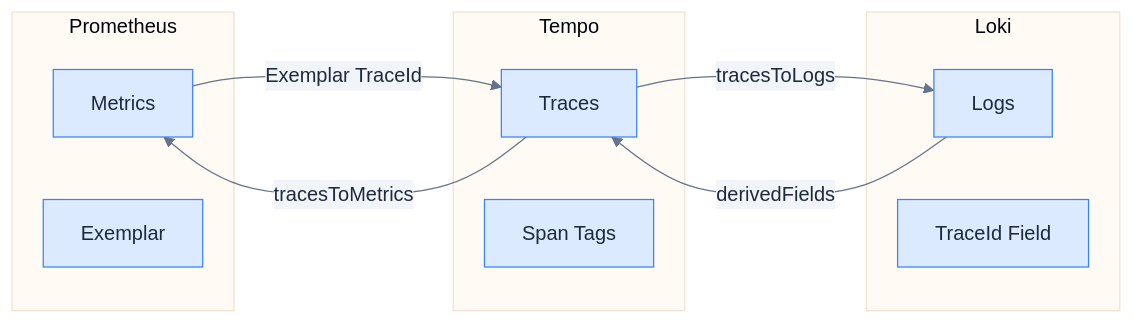
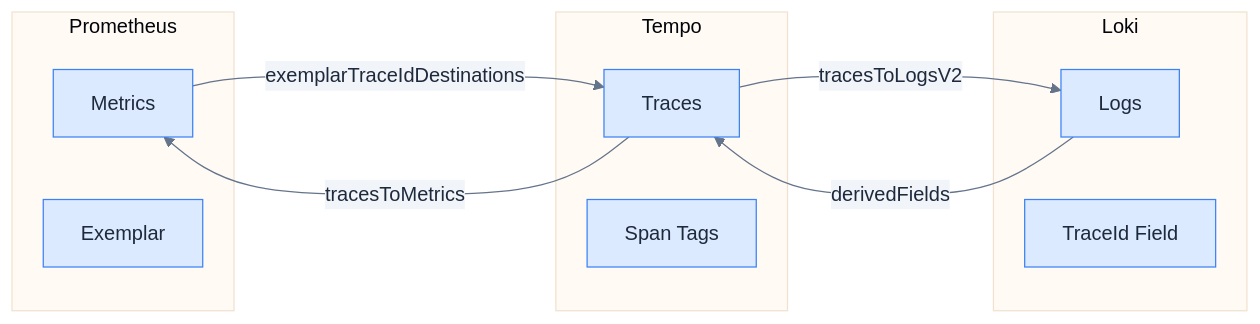
The first of 2 diagrams in patra-api/docs/designs/observability/06-grafana-visualization.md (linqibin0826/patra), drawn with Mermaid before and after one commit. The commit also changed other lines of this file and 8 other files, not shown here.

````diff
--- a/patra-api/docs/designs/observability/06-grafana-visualization.md
+++ b/patra-api/docs/designs/observability/06-grafana-visualization.md
@@ -111,34 +169,34 @@
 ```mermaid
 %%{init: {
   'theme': 'base',
   'themeVariables': {
     'primaryColor': '#dbeafe',
     'primaryTextColor': '#1e293b',
     'primaryBorderColor': '#3b82f6',
     'lineColor': '#64748b',
     'edgeLabelBackground': '#f1f5f9'
   }
 }}%%
 flowchart LR
-    subgraph Prometheus["Prometheus"]
+    subgraph Prometheus_DS["Prometheus"]
         Metrics[Metrics]
         Exemplar[Exemplar]
     end
 
-    subgraph Loki["Loki"]
+    subgraph Loki_DS["Loki"]
         Logs[Logs]
-        TraceId[TraceId Field]
+        TraceId_Field[TraceId Field]
     end
 
-    subgraph Tempo["Tempo"]
+    subgraph Tempo_DS["Tempo"]
         Traces[Traces]
         Span[Span Tags]
     end
 
-    Metrics -->|Exemplar TraceId| Traces
-    Traces -->|tracesToLogs| Logs
+    Metrics -->|exemplarTraceIdDestinations| Traces
+    Traces -->|tracesToLogsV2| Logs
     Logs -->|derivedFields| Traces
     Traces -->|tracesToMetrics| Metrics
 
     classDef default fill:#dbeafe,stroke:#3b82f6,color:#1e293b;
 ```
````
